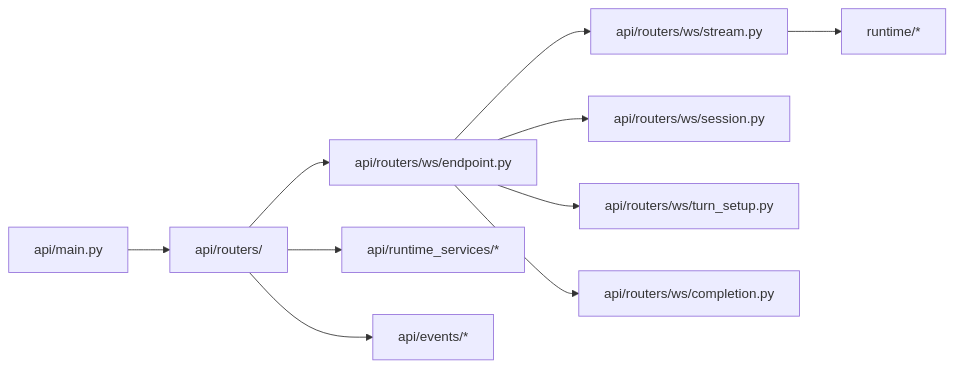
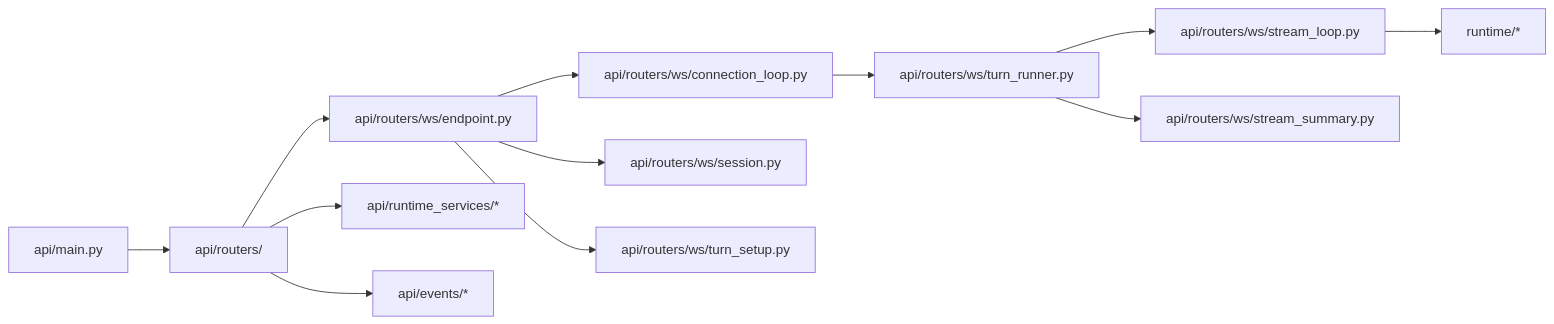
One commit to Qredence/fleet-rlm changed the third of 3 diagrams in docs/reference/module-map.md. Above: the diagram before and after it, drawn with Mermaid. The commit also changed other lines of this file and 24 other files, not shown here.

````diff
--- a/docs/reference/module-map.md
+++ b/docs/reference/module-map.md
@@ -58,23 +58,27 @@
 ```mermaid
 graph LR
     APP["api/main.py"]
     ROUTERS["api/routers/"]
     WS_ENDPOINT["api/routers/ws/endpoint.py"]
-    WS_STREAM["api/routers/ws/stream.py"]
+    WS_CONNECTION["api/routers/ws/connection_loop.py"]
     WS_SESSION["api/routers/ws/session.py"]
     WS_TURN_SETUP["api/routers/ws/turn_setup.py"]
-    WS_COMPLETION["api/routers/ws/completion.py"]
+    WS_TURN_RUNNER["api/routers/ws/turn_runner.py"]
+    WS_STREAM_LOOP["api/routers/ws/stream_loop.py"]
+    WS_SUMMARY["api/routers/ws/stream_summary.py"]
     RUNTIME_SERVICES["api/runtime_services/*"]
     EVENTS["api/events/*"]
     RUNTIME["runtime/*"]
 
     APP --> ROUTERS
     ROUTERS --> WS_ENDPOINT
     ROUTERS --> RUNTIME_SERVICES
     ROUTERS --> EVENTS
-    WS_ENDPOINT --> WS_STREAM
+    WS_ENDPOINT --> WS_CONNECTION
     WS_ENDPOINT --> WS_SESSION
     WS_ENDPOINT --> WS_TURN_SETUP
-    WS_ENDPOINT --> WS_COMPLETION
-    WS_STREAM --> RUNTIME
+    WS_CONNECTION --> WS_TURN_RUNNER
+    WS_TURN_RUNNER --> WS_STREAM_LOOP
+    WS_TURN_RUNNER --> WS_SUMMARY
+    WS_STREAM_LOOP --> RUNTIME
 ```
````
